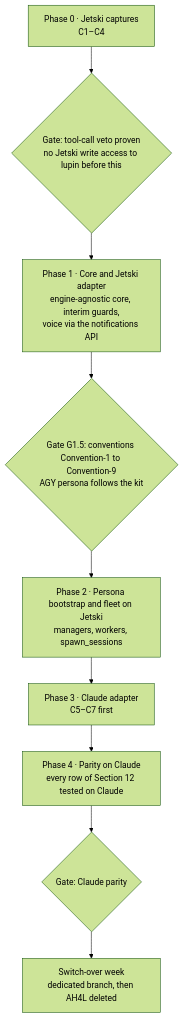
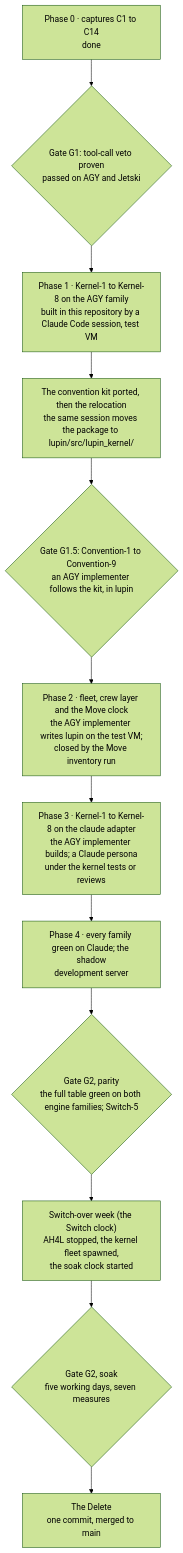
The sixth of 6 diagrams in src/rnd/v0.0.1/01-framework.md (deepily/unified-headless-wrapper), drawn with Mermaid (forest theme) before and after one commit. The commit also changed other lines of this file and 9 other files, not shown here.

Commit message:
Row 85 → D63 amended: relocation and Move clock named apart; Gate G2 in two halves

````diff
--- a/src/rnd/v0.0.1/01-framework.md
+++ b/src/rnd/v0.0.1/01-framework.md
@@ -1088,13 +1088,16 @@
 ```mermaid
 flowchart TD
-    P0["Phase 0 · Jetski captures<br/>C1–C4"]
-    G1{"Gate: tool-call veto proven<br/>no Jetski write access to lupin before this"}
-    P1["Phase 1 · Core and Jetski adapter<br/>engine-agnostic core, interim guards,<br/>voice via the notifications API"]
-    P2["Phase 2 · Persona bootstrap and fleet on Jetski<br/>managers, workers, spawn_sessions"]
-    P3["Phase 3 · Claude adapter<br/>C5–C7 first"]
-    P4["Phase 4 · Parity on Claude<br/>every row of Section 12 tested on Claude"]
-    G2{"Gate: Claude parity"}
-    SO["Switch-over week<br/>dedicated branch, then AH4L deleted"]
-    G15{"Gate G1.5: conventions Convention-1 to Convention-9<br/>AGY persona follows the kit"}
-    P0 --> G1 --> P1 --> G15 --> P2 --> P3 --> P4 --> G2 --> SO
+    P0["Phase 0 · captures C1 to C14<br/>done"]
+    G1{"Gate G1: tool-call veto proven<br/>passed on AGY and Jetski"}
+    P1["Phase 1 · Kernel-1 to Kernel-8 on the AGY family<br/>built in this repository by a Claude Code session, test VM"]
+    RL["The convention kit ported, then the relocation<br/>the same session moves the package to lupin/src/lupin_kernel/"]
+    G15{"Gate G1.5: Convention-1 to Convention-9<br/>an AGY implementer follows the kit, in lupin"}
+    P2["Phase 2 · fleet, crew layer and the Move clock<br/>the AGY implementer writes lupin on the test VM;<br/>closed by the Move inventory run"]
+    P3["Phase 3 · Kernel-1 to Kernel-8 on the claude adapter<br/>the AGY implementer builds; a Claude persona<br/>under the kernel tests or reviews"]
+    P4["Phase 4 · every family green on Claude; the shadow<br/>development server"]
+    G2P{"Gate G2, parity<br/>the full table green on both engine families; Switch-5"}
+    SW["Switch-over week (the Switch clock)<br/>AH4L stopped, the kernel fleet spawned,<br/>the soak clock started"]
+    G2S{"Gate G2, soak<br/>five working days, seven measures"}
+    DL["The Delete<br/>one commit, merged to main"]
+    P0 --> G1 --> P1 --> RL --> G15 --> P2 --> P3 --> P4 --> G2P --> SW --> G2S --> DL
 ```
````
